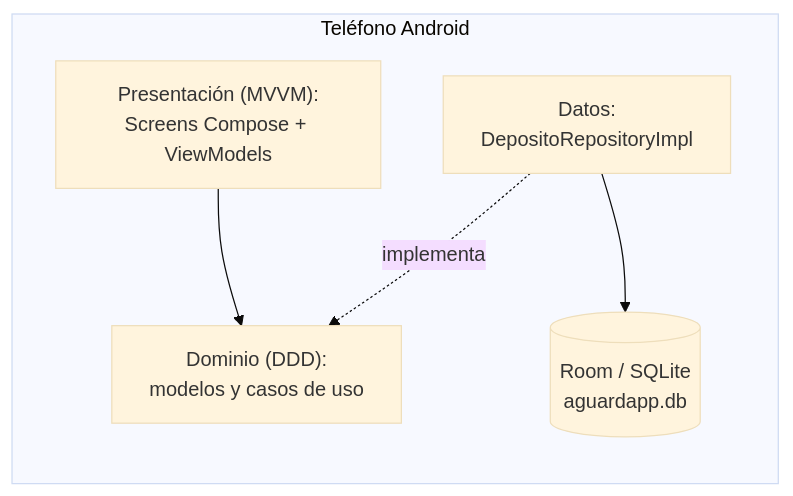
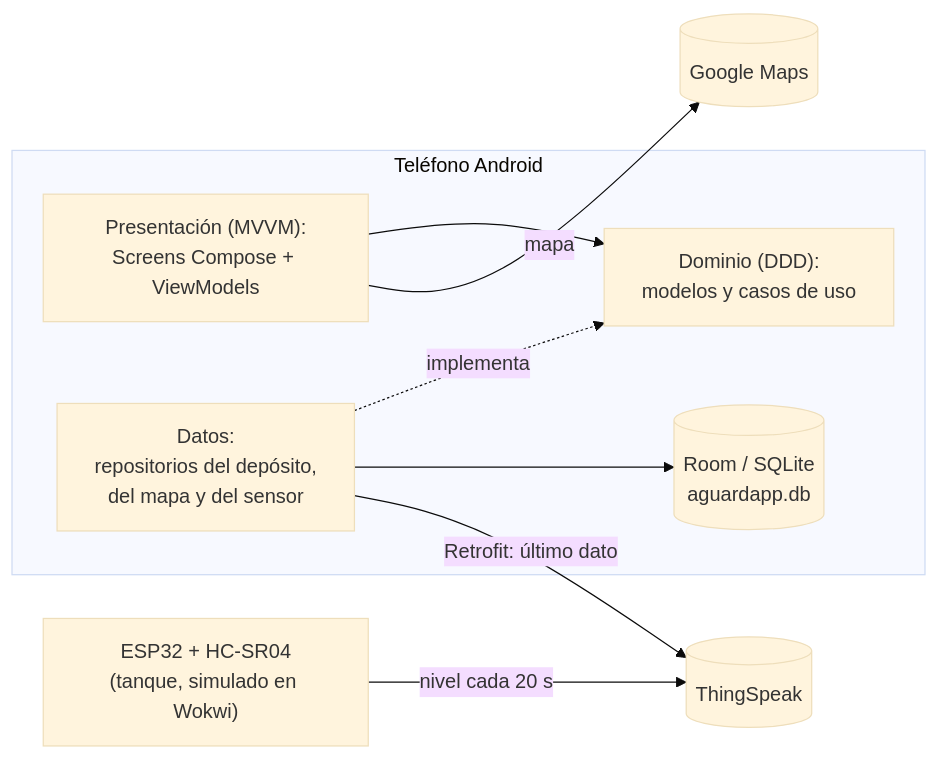
Before and after one commit to Cristhian465/Aguarda: the first of 4 diagrams in informes/FD05-Informe-Final.md, drawn with Mermaid (base theme). The commit also changed other lines of this file and 5 other files, not shown here.

````diff
--- a/informes/FD05-Informe-Final.md
+++ b/informes/FD05-Informe-Final.md
@@ -148,13 +160,19 @@
 ```mermaid
 flowchart LR
     subgraph DM["Teléfono Android"]
         PRES["Presentación (MVVM):<br/>Screens Compose + ViewModels"]
         DOM["Dominio (DDD):<br/>modelos y casos de uso"]
-        DAT["Datos:<br/>DepositoRepositoryImpl"]
+        DAT["Datos:<br/>repositorios del depósito,<br/>del mapa y del sensor"]
         ROOM[("Room / SQLite<br/>aguardapp.db")]
     end
+    GM[("Google Maps")]
+    TS[("ThingSpeak")]
+    ESP["ESP32 + HC-SR04<br/>(tanque, simulado en Wokwi)"]
 
     PRES --> DOM
     DAT -. implementa .-> DOM
     DAT --> ROOM
+    PRES -- mapa --> GM
+    DAT -- "Retrofit: último dato" --> TS
+    ESP -- "nivel cada 20 s" --> TS
 ```
````
